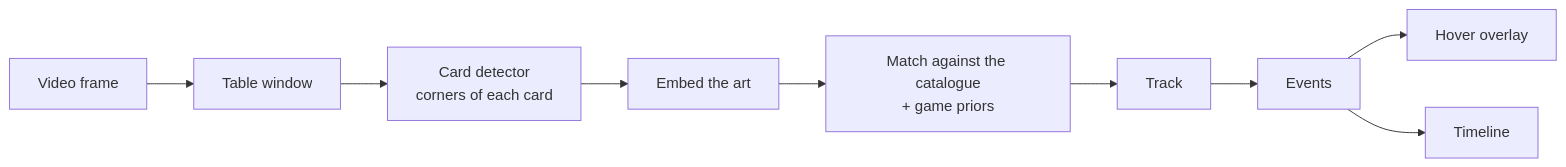
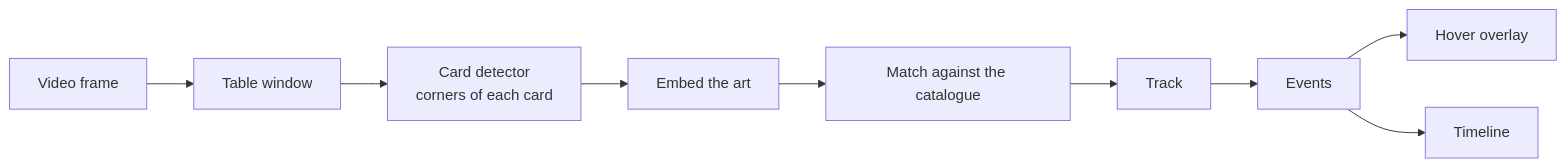
One commit to effe-exe/Wardeye changed the diagram in README.md. Above: the diagram before and after it, drawn with Mermaid. The commit also changed other lines of this file and 5 other files, not shown here.

````diff
--- a/README.md
+++ b/README.md
@@ -36,11 +55,11 @@
 ```mermaid
 flowchart LR
   F[Video frame] --> R[Table window]
   R --> D[Card detector<br/>corners of each card]
   D --> E[Embed the art]
-  E --> M[Match against the catalogue<br/>+ game priors]
+  E --> M[Match against the catalogue]
   M --> T[Track]
   T --> V[Events]
   V --> H[Hover overlay]
   V --> L[Timeline]
 ```
````
